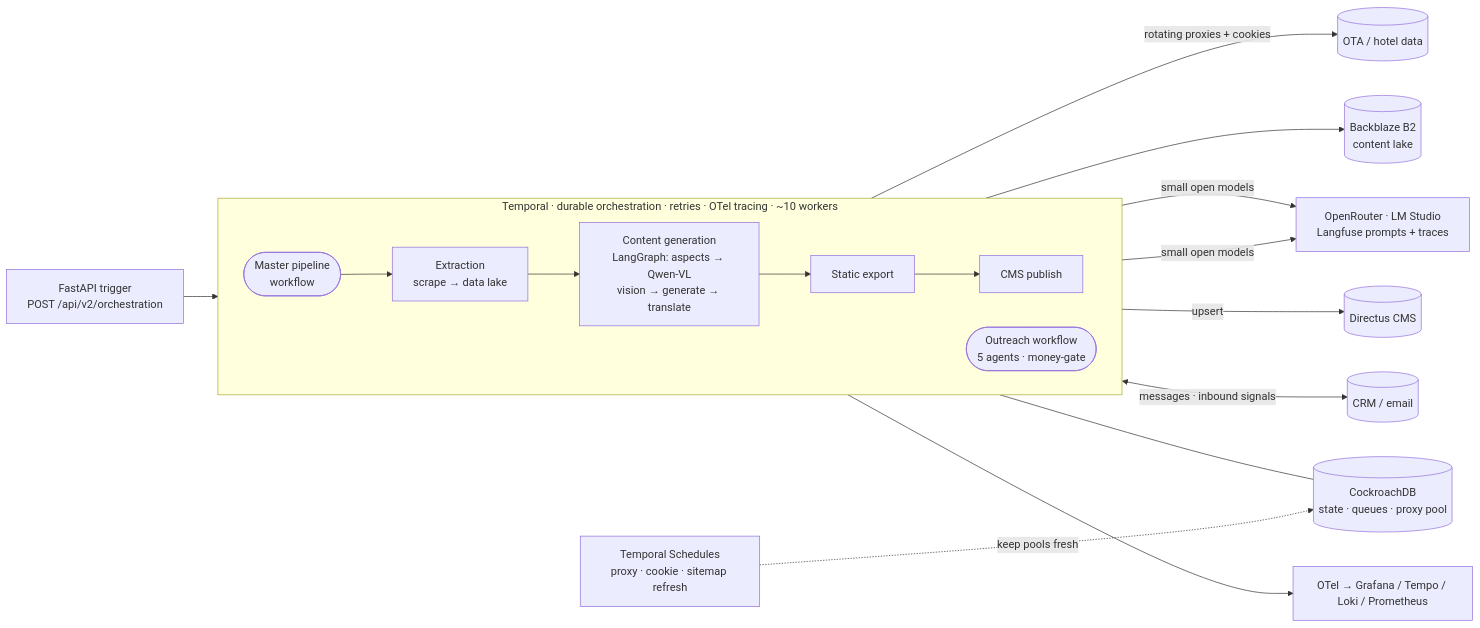
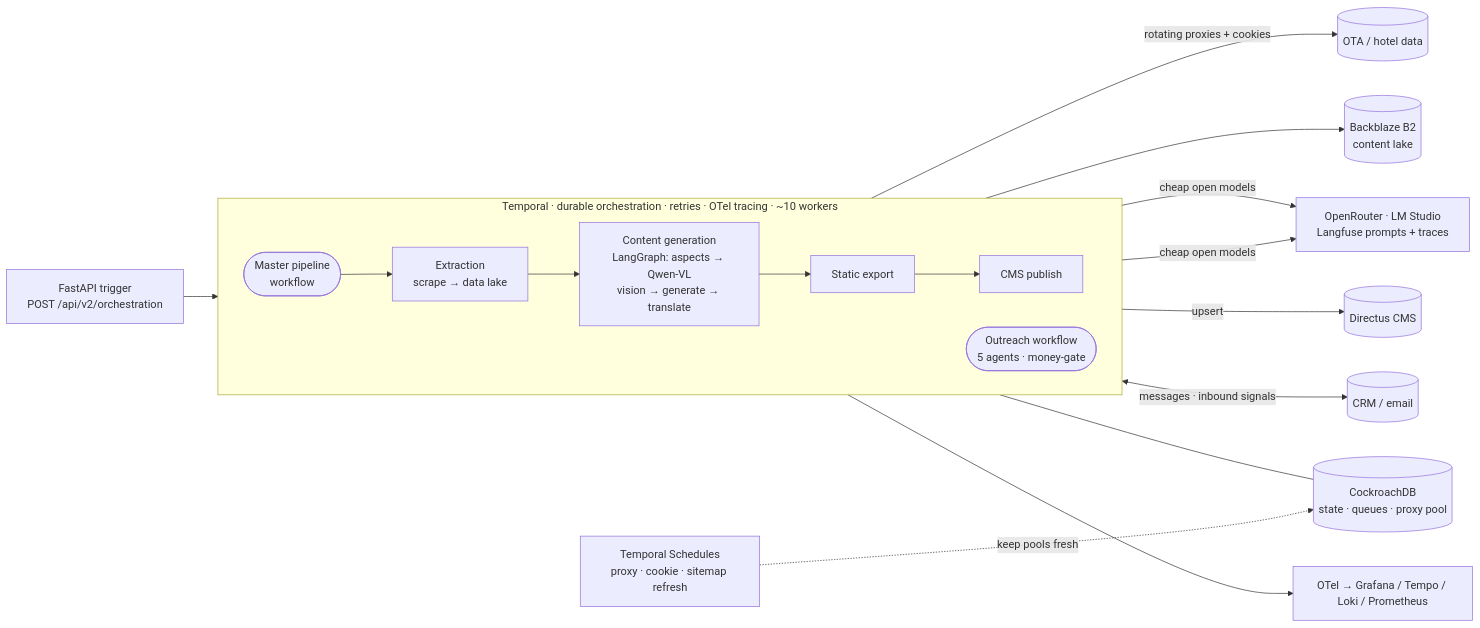
The diagram in README.md (baranlanka/et-hotel-ai-showcase), drawn with Mermaid before and after one commit. The commit also changed other lines of this file and 10 other files, not shown here.

First line of the commit message:
fix: correct per-operation models from Langfuse (authoritative)

````diff
--- a/README.md
+++ b/README.md
@@ -76,22 +76,22 @@
 ```mermaid
 flowchart LR
     API[FastAPI trigger<br/>POST /api/v2/orchestration] --> MASTER
     SCHED[Temporal Schedules<br/>proxy · cookie · sitemap refresh] -. keep pools fresh .-> DB[(CockroachDB<br/>state · queues · proxy pool)]
 
     subgraph temporal[Temporal · durable orchestration · retries · OTel tracing · ~10 workers]
       direction LR
       MASTER([Master pipeline<br/>workflow]) --> EX[Extraction<br/>scrape → data lake]
       EX --> CG[Content generation<br/>LangGraph: aspects → Qwen-VL<br/>vision → generate → translate]
       CG --> EXP[Static export] --> PUB[CMS publish]
       OUT([Outreach workflow<br/>5 agents · money-gate])
     end
 
     EX -->|rotating proxies + cookies| SRC[(OTA / hotel data)]
-    CG -->|small open models| LLM[OpenRouter · LM Studio<br/>Langfuse prompts + traces]
+    CG -->|cheap open models| LLM[OpenRouter · LM Studio<br/>Langfuse prompts + traces]
     CG --> B2[(Backblaze B2<br/>content lake)]
     PUB -->|upsert| CMS[(Directus CMS)]
-    OUT -->|small open models| LLM
+    OUT -->|cheap open models| LLM
     OUT <-->|messages · inbound signals| CRM[(CRM / email)]
     temporal --- DB
     temporal --> OBS[OTel → Grafana / Tempo / Loki / Prometheus]
 ```
````
